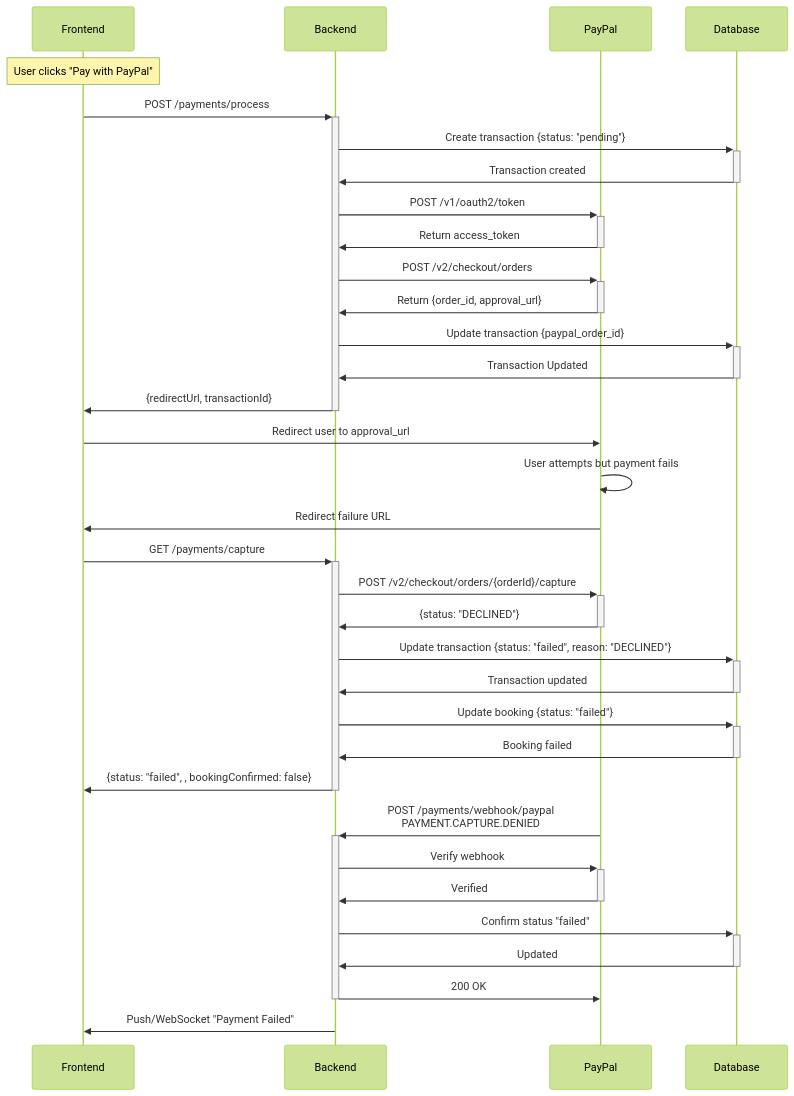
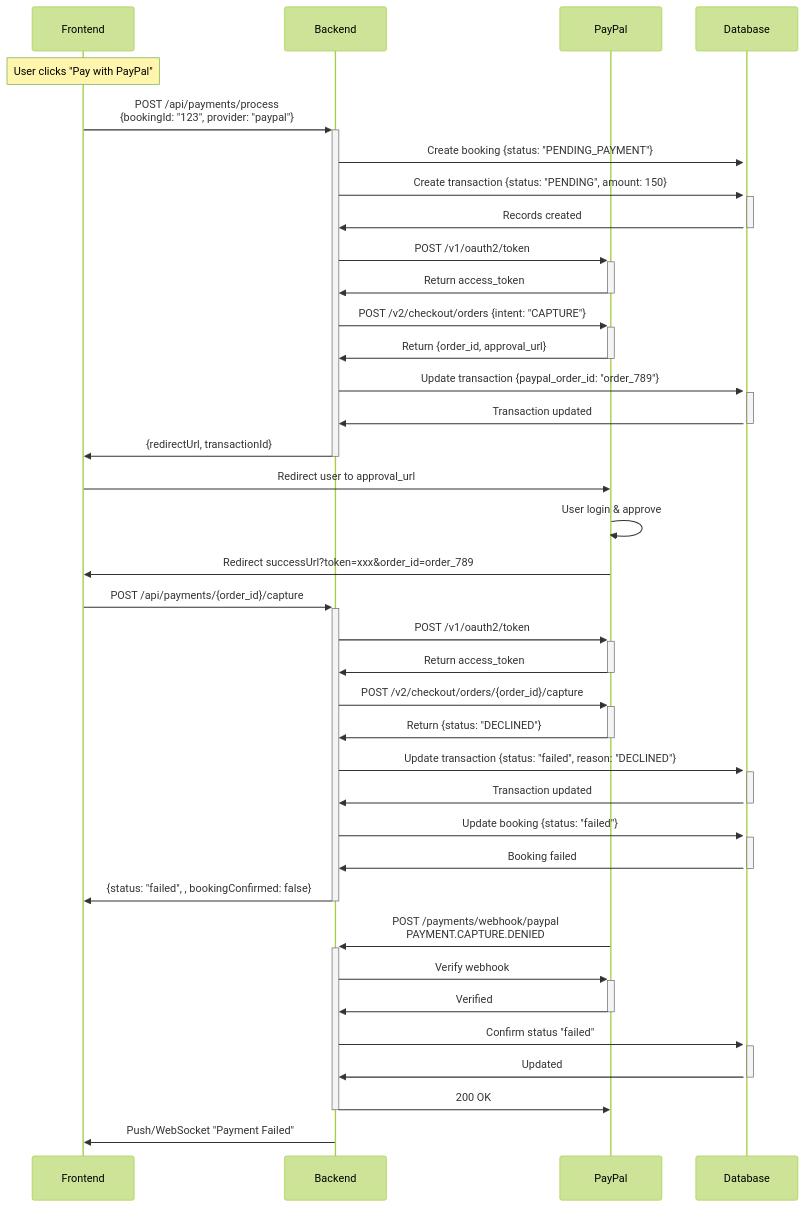
Before and after one commit to randa-magdy/booking-platform-doc: the diagram in diagrams/payment-failed-case.mmd, drawn with Mermaid (forest theme). The commit also changed 13 other files, not shown here.

Commit message:
- update flowchart & some of sequence diagrams - remove unused files & img

```diff
--- a/diagrams/payment-failed-case.mmd
+++ b/diagrams/payment-failed-case.mmd
@@ -1,46 +1,53 @@
 sequenceDiagram
     participant FE as Frontend
     participant BE as Backend
     participant PP as PayPal
     participant DB as Database
     
     Note over FE: User clicks "Pay with PayPal"
     
-    %% Create Order
-    FE->>+BE: POST /payments/process
-    BE->>+DB: Create transaction {status: "pending"}
-    DB->>-BE: Transaction created
+    %% Phase 1: Payment Request
+    FE->>+BE: POST /api/payments/process<br/>{bookingId: "123", provider: "paypal"}
+    BE->>+DB: Create booking {status: "PENDING_PAYMENT"}
+    BE->>+DB: Create transaction {status: "PENDING", amount: 150}
+    DB->>-BE: Records created
+    
     BE->>+PP: POST /v1/oauth2/token
     PP->>-BE: Return access_token
-    BE->>+PP: POST /v2/checkout/orders
+    
+    BE->>+PP: POST /v2/checkout/orders {intent: "CAPTURE"}
     PP->>-BE: Return {order_id, approval_url}
-    BE->>+DB: Update transaction {paypal_order_id}
-    DB->>-BE: Transaction Updated
+    
+    BE->>+DB: Update transaction {paypal_order_id: "order_789"}
+    DB->>-BE: Transaction updated
+    
     BE->>-FE: {redirectUrl, transactionId}
     
-    %% User Attempt Fails
+    %% Phase 2: User Approval
     FE->>PP: Redirect user to approval_url
-    PP->>PP: User attempts but payment fails
-    PP->>FE: Redirect failure URL
+    PP->>PP: User login & approve
+    PP->>FE: Redirect successUrl?token=xxx&order_id=order_789
     
-    %% Capture Fails
-    FE->>+BE: GET /payments/capture
-    BE->>+PP: POST /v2/checkout/orders/{orderId}/capture
-    PP->>-BE: {status: "DECLINED"}
+    %% Phase 2.5: Capture Fail
+    FE->>+BE: POST /api/payments/{order_id}/capture
+    BE->>+PP: POST /v1/oauth2/token
+    PP->>-BE: Return access_token
+    BE->>+PP: POST /v2/checkout/orders/{order_id}/capture
+    PP->>-BE: Return {status: "DECLINED"}
     
     BE->>+DB: Update transaction {status: "failed", reason: "DECLINED"}
     DB->>-BE: Transaction updated
     BE->>+DB: Update booking {status: "failed"}
     DB->>-BE: Booking failed
     BE->>-FE: {status: "failed", , bookingConfirmed: false}
     
     %% Webhook
     PP->>+BE: POST /payments/webhook/paypal<br/>PAYMENT.CAPTURE.DENIED
     BE->>+PP: Verify webhook
     PP->>-BE: Verified
     BE->>+DB: Confirm status "failed"
     DB->>-BE: Updated
     BE->>-PP: 200 OK 
     
     %% Optional Notify
     BE->>FE: Push/WebSocket "Payment Failed"
```
